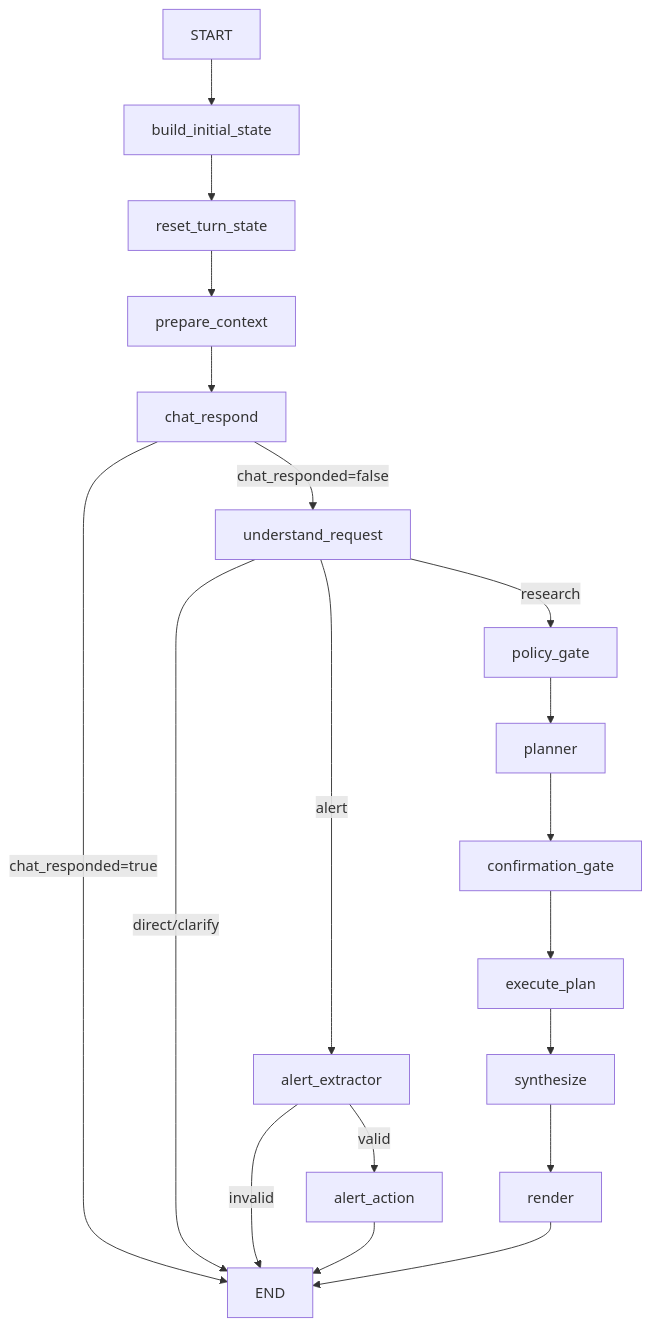
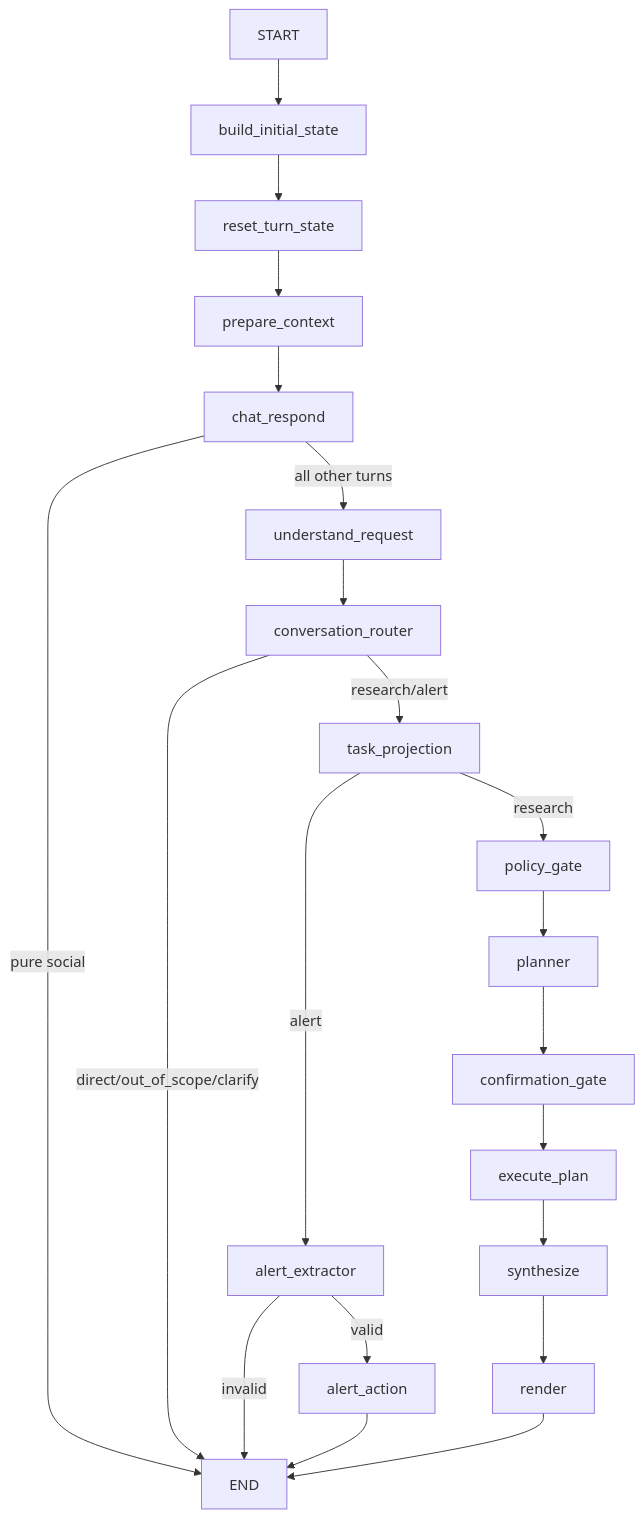
Before and after one commit to kkkano/FinSight: the second of 10 diagrams in docs/01_ARCHITECTURE.md, drawn with Mermaid. The commit also changed other lines of this file and 185 other files, not shown here.

````diff
--- a/docs/01_ARCHITECTURE.md
+++ b/docs/01_ARCHITECTURE.md
@@ -55,21 +55,23 @@
 ```mermaid
 flowchart TD
   START --> build_initial_state
   build_initial_state --> reset_turn_state
   reset_turn_state --> prepare_context
   prepare_context --> chat_respond
-  chat_respond -->|chat_responded=true| END
-  chat_respond -->|chat_responded=false| understand_request
-  understand_request -->|direct/clarify| END
-  understand_request -->|alert| alert_extractor
-  understand_request -->|research| policy_gate
+  chat_respond -->|pure social| END
+  chat_respond -->|all other turns| understand_request
+  understand_request --> conversation_router
+  conversation_router -->|direct/out_of_scope/clarify| END
+  conversation_router -->|research/alert| task_projection
+  task_projection -->|alert| alert_extractor
+  task_projection -->|research| policy_gate
   alert_extractor -->|valid| alert_action
   alert_extractor -->|invalid| END
   alert_action --> END
   policy_gate --> planner
   planner --> confirmation_gate
   confirmation_gate --> execute_plan
   execute_plan --> synthesize
   synthesize --> render
   render --> END
 ```
````
